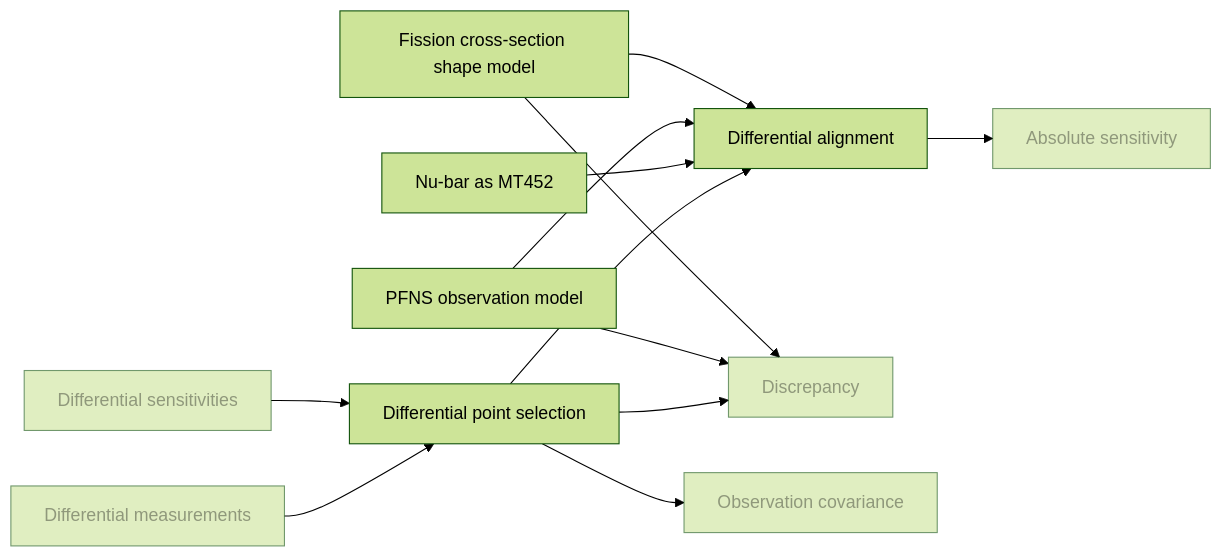
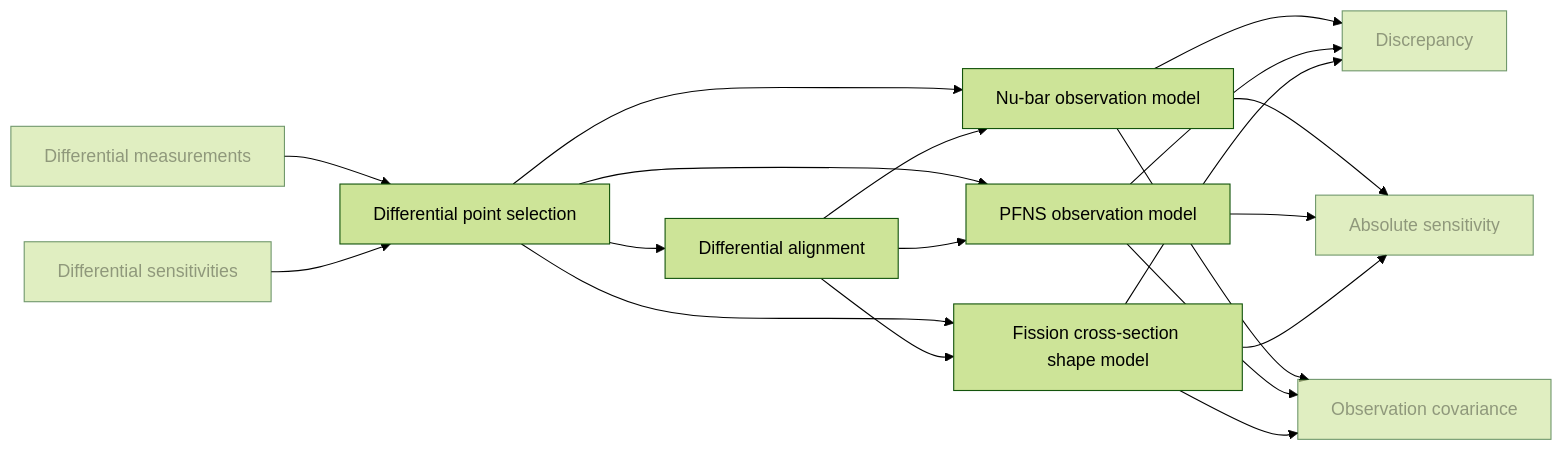
One commit to aurja130/WPEC_SG52 changed the seventh of 15 diagrams in DBC/CONCEPTS.md. Above: the diagram before and after it, drawn with Mermaid (forest theme). The commit also changed other lines of this file and 4 other files, not shown here.

````diff
--- a/DBC/CONCEPTS.md
+++ b/DBC/CONCEPTS.md
@@ -296,22 +366,21 @@
 ```mermaid
 flowchart LR
   DifferentialSet["Differential measurements"]
   DifferentialSensitivities["Differential sensitivities"]
   DifferentialSelection["Differential point selection"]
-  NubarAsTotal["Nu-bar as MT452"]
   DifferentialAlignment["Differential alignment"]
+  NubarObservationModel["Nu-bar observation model"]
+  PfnsObservationModel["PFNS observation model"]
+  CrossSectionShapeModel["Fission cross-section shape model"]
   Discrepancy["Discrepancy"]
   AbsoluteSensitivity["Absolute sensitivity"]
   ObservationCovariance["Observation covariance"]
-  PfnsObservationModel["PFNS observation model"]
-  CrossSectionShapeModel["Fission cross-section shape model"]
   DifferentialSet & DifferentialSensitivities --> DifferentialSelection
-  DifferentialSelection --> Discrepancy & ObservationCovariance
-  DifferentialSelection & NubarAsTotal & PfnsObservationModel & CrossSectionShapeModel --> DifferentialAlignment
-  PfnsObservationModel & CrossSectionShapeModel --> Discrepancy
-  DifferentialAlignment --> AbsoluteSensitivity
+  DifferentialSelection --> DifferentialAlignment
+  DifferentialSelection & DifferentialAlignment --> NubarObservationModel & PfnsObservationModel & CrossSectionShapeModel
+  NubarObservationModel & PfnsObservationModel & CrossSectionShapeModel --> Discrepancy & AbsoluteSensitivity & ObservationCovariance
   classDef planned stroke-dasharray: 6 4
   classDef partial stroke-dasharray: 2 2
   classDef external opacity: 0.6
   class DifferentialSet,DifferentialSensitivities,Discrepancy,AbsoluteSensitivity,ObservationCovariance external
 ```
````
